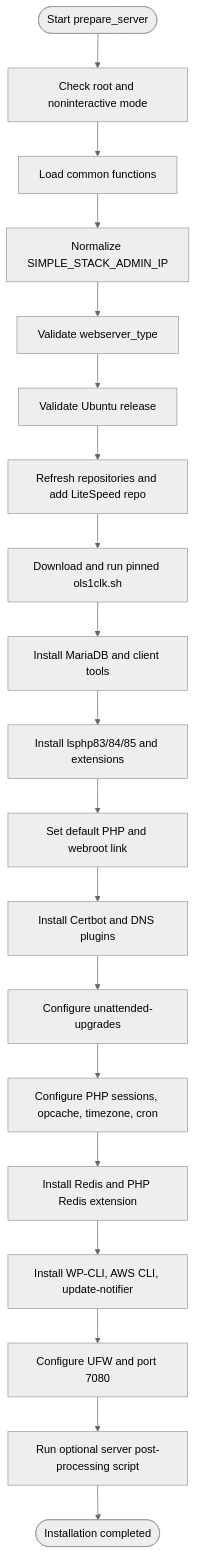
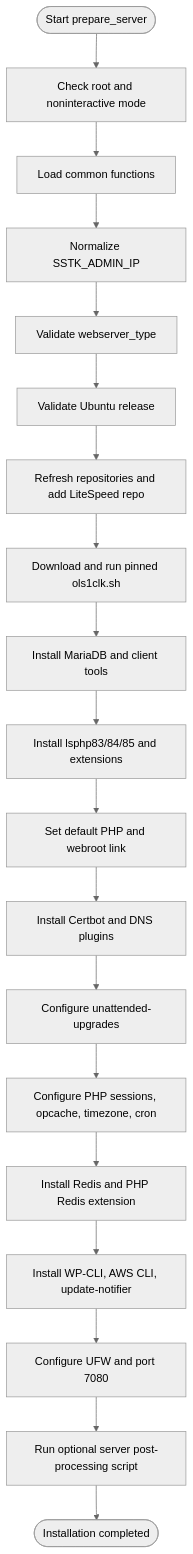
Before and after one commit to onedogsolutions/simple-stack: the fourth of 8 diagrams in .qoder/repowiki/en/content/WordPress Application Engine/WordPress Application Engine.md, drawn with Mermaid (neutral theme). The commit also changed other lines of this file and 5941 other files, not shown here.

First line of the commit message:
refactor(core): rebrand WPCloudDeploy to Simple Stack with new namespaces and prefixes

````diff
--- a/.qoder/repowiki/en/content/WordPress Application Engine/WordPress Application Engine.md
+++ b/.qoder/repowiki/en/content/WordPress Application Engine/WordPress Application Engine.md
@@ -199,21 +199,21 @@
 ```mermaid
 flowchart TD
 Start(["Start prepare_server"]) --> CheckRoot["Check root and noninteractive mode"]
 CheckRoot --> LoadCommon["Load common functions"]
-LoadCommon --> NormalizeIP["Normalize SIMPLE_STACK_ADMIN_IP"]
+LoadCommon --> NormalizeIP["Normalize SSTK_ADMIN_IP"]
 NormalizeIP --> ValidateWebserver["Validate webserver_type"]
 ValidateWebserver --> ValidateUbuntu["Validate Ubuntu release"]
 ValidateUbuntu --> Repos["Refresh repositories and add LiteSpeed repo"]
 Repos --> InstallOLS["Download and run pinned ols1clk.sh"]
 InstallOLS --> InstallMariaDB["Install MariaDB and client tools"]
 InstallMariaDB --> InstallPHP["Install lsphp83/84/85 and extensions"]
 InstallPHP --> SetDefaultPHP["Set default PHP and webroot link"]
 SetDefaultPHP --> InstallCertbot["Install Certbot and DNS plugins"]
 InstallCertbot --> ConfigureUnattended["Configure unattended-upgrades"]
 ConfigureUnattended --> ConfigurePHP["Configure PHP sessions, opcache, timezone, cron"]
 ConfigurePHP --> InstallRedis["Install Redis and PHP Redis extension"]
 InstallRedis --> InstallTools["Install WP-CLI, AWS CLI, update-notifier"]
 InstallTools --> ConfigureFirewall["Configure UFW and port 7080"]
 ConfigureFirewall --> PostProcess["Run optional server post-processing script"]
 PostProcess --> End(["Installation completed"])
 ```
````
